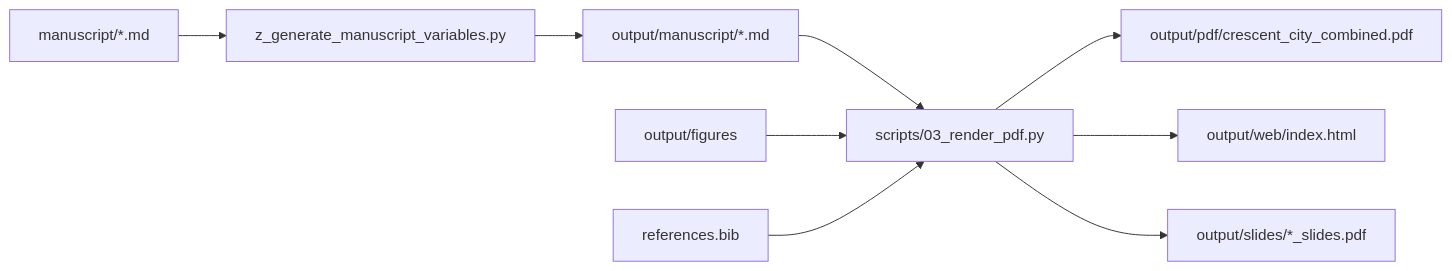
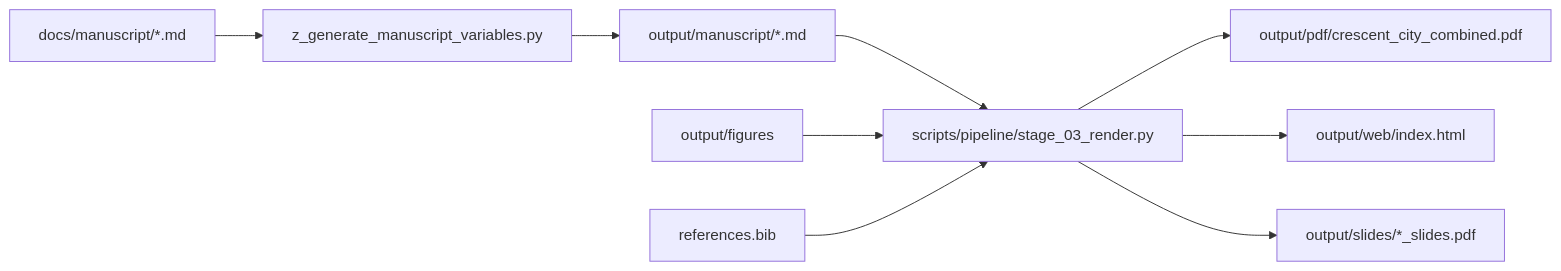
The second of 2 diagrams in docs/architecture.md (docxology/crescent_city), drawn with Mermaid before and after one commit. The commit also changed other lines of this file and 26 other files, not shown here.

````diff
--- a/docs/architecture.md
+++ b/docs/architecture.md
@@ -103,11 +103,11 @@
 ```mermaid
 flowchart LR
-    M["manuscript/*.md"] --> V["z_generate_manuscript_variables.py"]
+    M["docs/manuscript/*.md"] --> V["z_generate_manuscript_variables.py"]
     V --> OM["output/manuscript/*.md"]
-    OM --> R["scripts/03_render_pdf.py"]
+    OM --> R["scripts/pipeline/stage_03_render.py"]
     F["output/figures"] --> R
     B["references.bib"] --> R
     R --> PDF["output/pdf/crescent_city_combined.pdf"]
     R --> HTML["output/web/index.html"]
     R --> SLIDES["output/slides/*_slides.pdf"]
 ```
````
